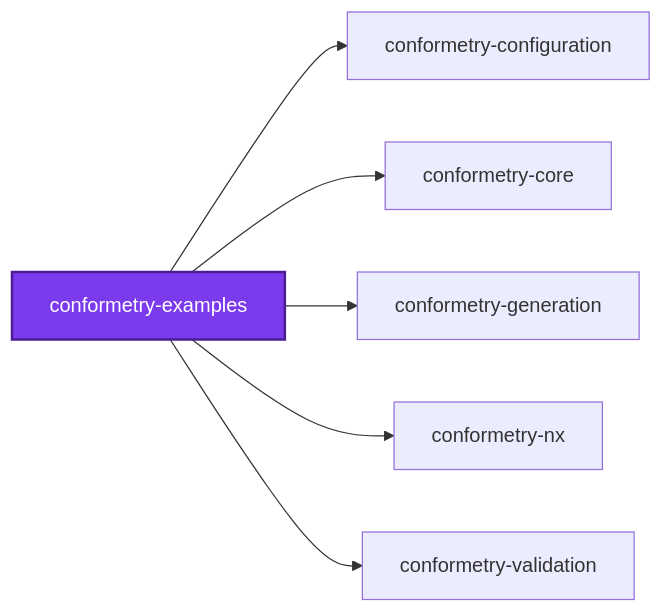
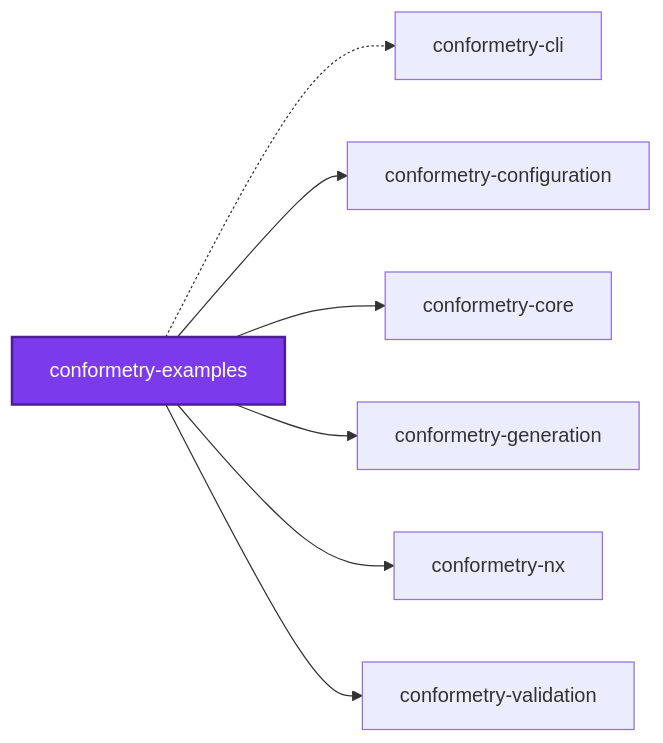
Before and after one commit to JimmyPaolini/codebase: the diagram in packages/conformetry-examples/README.md, drawn with Mermaid. The commit also changed other lines of this file and 50 other files, not shown here.

````diff
--- a/packages/conformetry-examples/README.md
+++ b/packages/conformetry-examples/README.md
@@ -274,16 +274,18 @@
 ```mermaid
 graph LR
+  conformetry_cli["conformetry-cli"]
   conformetry_configuration["conformetry-configuration"]
   conformetry_core["conformetry-core"]
   conformetry_examples["conformetry-examples"]
   conformetry_generation["conformetry-generation"]
   conformetry_nx["conformetry-nx"]
   conformetry_validation["conformetry-validation"]
+  conformetry_examples -.-> conformetry_cli
   conformetry_examples --> conformetry_configuration
   conformetry_examples --> conformetry_core
   conformetry_examples --> conformetry_generation
   conformetry_examples --> conformetry_nx
   conformetry_examples --> conformetry_validation
   classDef subject fill:#7c3aed,color:#fff,stroke:#4c1d95,stroke-width:2px
   class conformetry_examples subject
 ```
````
